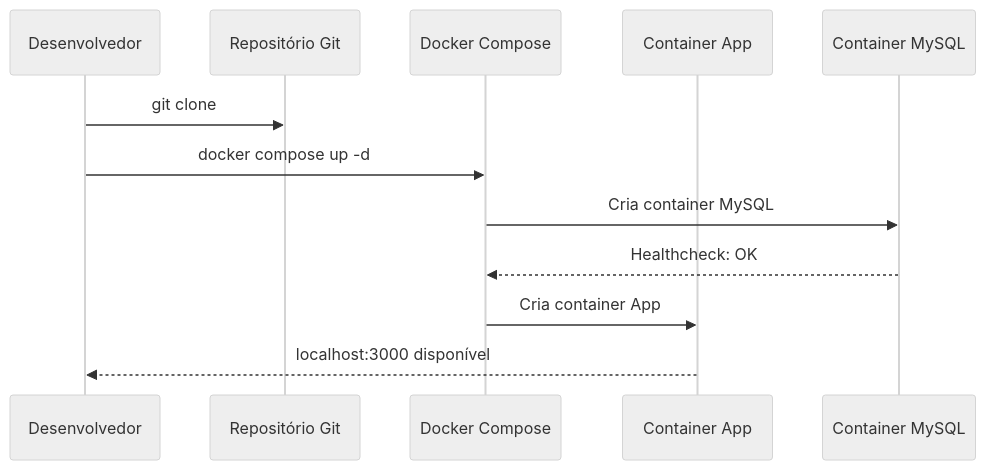
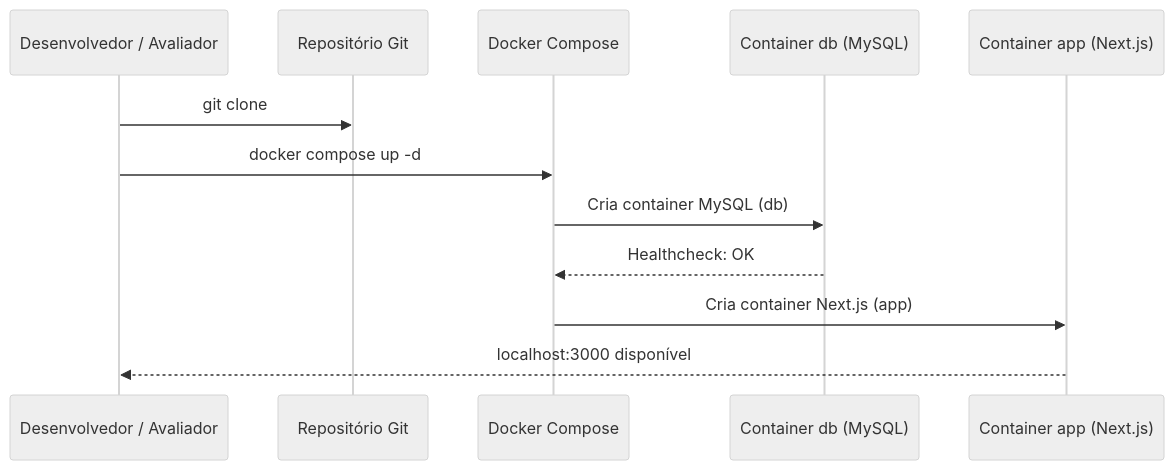
One commit to glauci4/trabalho-docker changed diagram 15 of 16 in README.md. Above: the diagram before and after it, drawn with Mermaid (neutral theme). The commit also changed other lines of this file, not shown here.

````diff
--- a/README.md
+++ b/README.md
@@ -1239,15 +1309,15 @@
 ```mermaid
 sequenceDiagram
-    participant DEV as Desenvolvedor
+    participant DEV as Desenvolvedor / Avaliador
     participant GIT as Repositório Git
     participant DC as Docker Compose
-    participant APP as Container App
-    participant DB as Container MySQL
+    participant DB as Container db (MySQL)
+    participant APP as Container app (Next.js)
 
     DEV->>GIT: git clone
     DEV->>DC: docker compose up -d
-    DC->>DB: Cria container MySQL
+    DC->>DB: Cria container MySQL (db)
     DB-->>DC: Healthcheck: OK
-    DC->>APP: Cria container App
+    DC->>APP: Cria container Next.js (app)
     APP-->>DEV: localhost:3000 disponível
 ```
````
